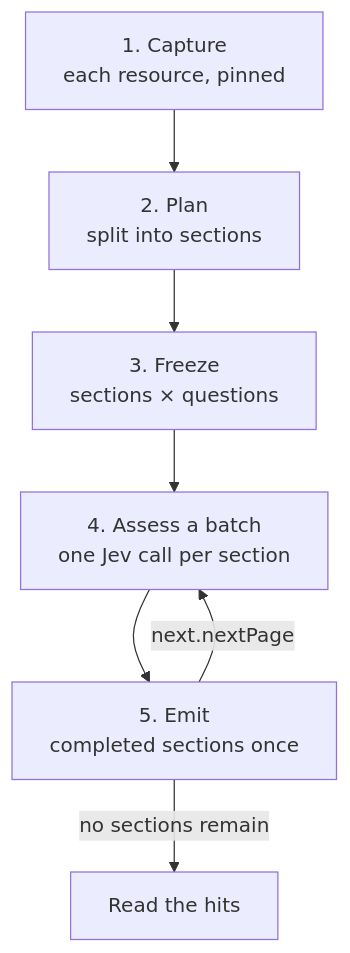
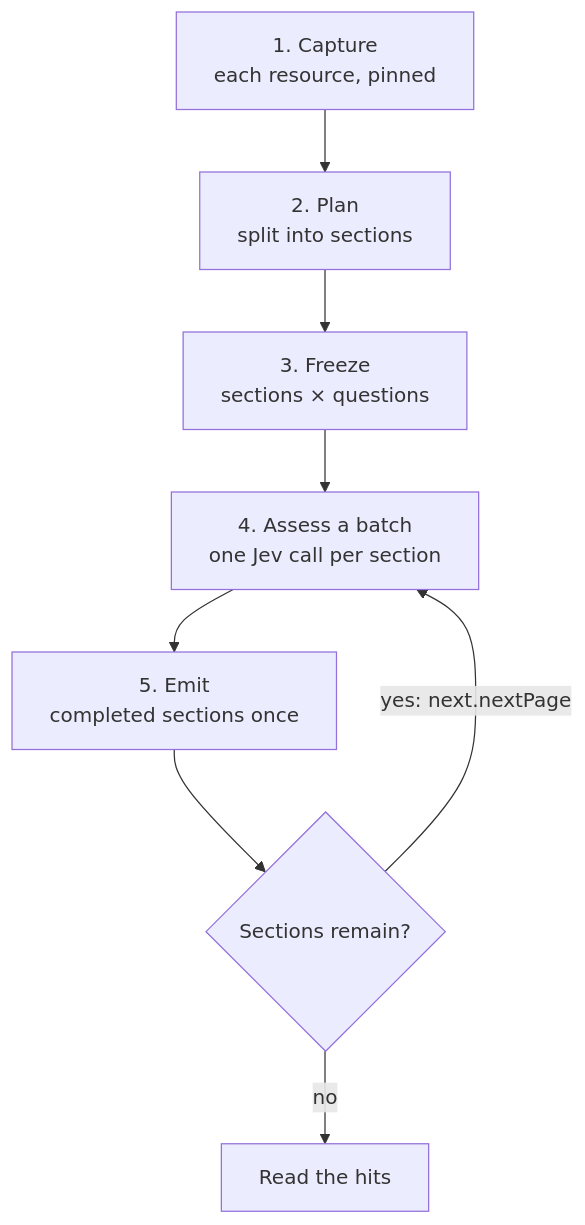
The fifth of 7 diagrams in docs/OCTOCODE_CLASIFY.md (bgauryy/octocode), drawn with Mermaid before and after one commit. The commit also changed other lines of this file and 46 other files, not shown here.

````diff
--- a/docs/OCTOCODE_CLASIFY.md
+++ b/docs/OCTOCODE_CLASIFY.md
@@ -194,11 +192,12 @@
 ```mermaid
 flowchart TD
     accTitle: How clasify sections works
     accDescr: Octocode captures each resource, splits it into sections, freezes a matrix of sections by questions, assesses batches of sections with one Jev call each, and emits completed sections. The agent follows next.nextPage until no sections remain, then reads the hits.
     C["1. Capture<br/>each resource, pinned"] --> P["2. Plan<br/>split into sections"]
     P --> F["3. Freeze<br/>sections × questions"]
     F --> A["4. Assess a batch<br/>one Jev call per section"]
     A --> E["5. Emit<br/>completed sections once"]
-    E -- "next.nextPage" --> A
-    E -- "no sections remain" --> D["Read the hits"]
+    E --> M{"Sections remain?"}
+    M -- "yes: next.nextPage" --> A
+    M -- "no" --> D["Read the hits"]
 ```
````
